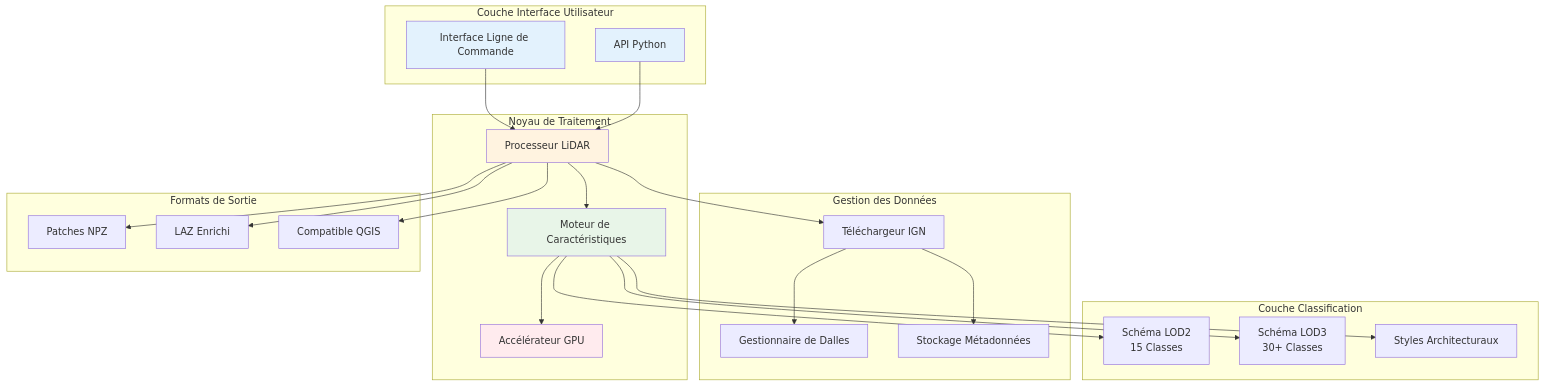
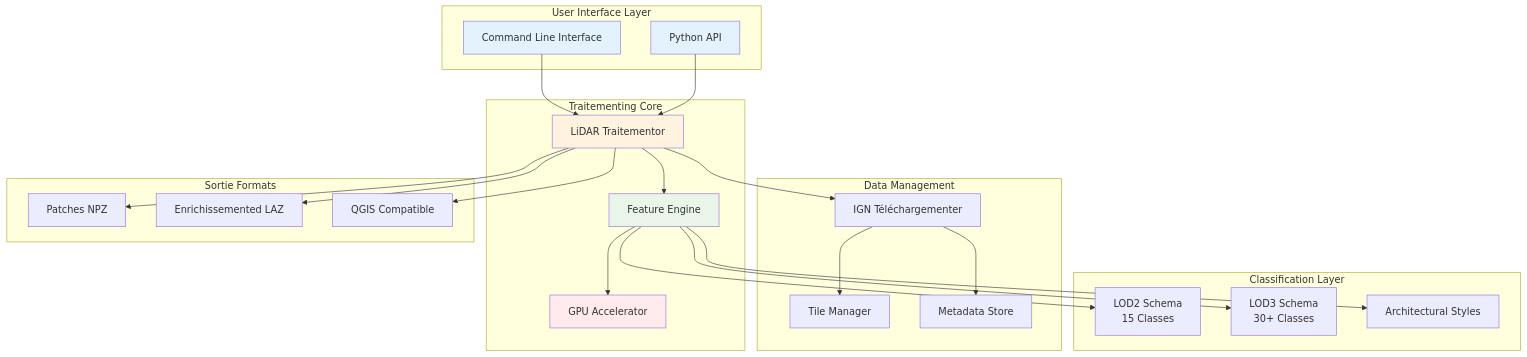
One commit to sducournau/IGN_LIDAR_HD_DATASET changed the first of 4 diagrams in website/i18n/fr/docusaurus-plugin-content-docs/current/architecture.md. Above: the diagram before and after it, drawn with Mermaid. The commit also changed other lines of this file and 42 other files, not shown here.

````diff
--- a/website/i18n/fr/docusaurus-plugin-content-docs/current/architecture.md
+++ b/website/i18n/fr/docusaurus-plugin-content-docs/current/architecture.md
@@ -11,51 +11,51 @@
 ```mermaid
 graph TB
-    subgraph "Couche Interface Utilisateur"
-        CLI[Interface Ligne de Commande]
-        API[API Python]
+    subgraph "User Interface Layer"
+        CLI[Command Line Interface]
+        API[Python API]
     end
 
-    subgraph "Noyau de Traitement"
-        PROC[Processeur LiDAR]
-        FEAT[Moteur de Caractéristiques]
-        GPU[Accélérateur GPU]
+    subgraph "Traitementing Core"
+        PROC[LiDAR Traitementor]
+        FEAT[Feature Engine]
+        GPU[GPU Accelerator]
     end
 
-    subgraph "Gestion des Données"
-        DOWN[Téléchargeur IGN]
-        TILE[Gestionnaire de Dalles]
-        META[Stockage Métadonnées]
+    subgraph "Data Management"
+        DOWN[IGN Téléchargementer]
+        TILE[Tile Manager]
+        META[Metadata Store]
     end
 
-    subgraph "Couche Classification"
-        LOD2[Schéma LOD2<br/>15 Classes]
-        LOD3[Schéma LOD3<br/>30+ Classes]
-        ARCH[Styles Architecturaux]
+    subgraph "Classification Layer"
+        LOD2[LOD2 Schema<br/>15 Classes]
+        LOD3[LOD3 Schema<br/>30+ Classes]
+        ARCH[Architectural Styles]
     end
 
-    subgraph "Formats de Sortie"
+    subgraph "Sortie Formats"
         NPZ[Patches NPZ]
-        LAZ[LAZ Enrichi]
-        QGIS[Compatible QGIS]
+        LAZ[Enrichissemented LAZ]
+        QGIS[QGIS Compatible]
     end
 
     CLI --> PROC
     API --> PROC
     PROC --> FEAT
     PROC --> DOWN
     FEAT --> GPU
     FEAT --> LOD2
     FEAT --> LOD3
     FEAT --> ARCH
     DOWN --> TILE
     DOWN --> META
     PROC --> NPZ
     PROC --> LAZ
     PROC --> QGIS
 
     style CLI fill:#e3f2fd
     style API fill:#e3f2fd
     style PROC fill:#fff3e0
     style FEAT fill:#e8f5e8
     style GPU fill:#ffebee
 ```
````
